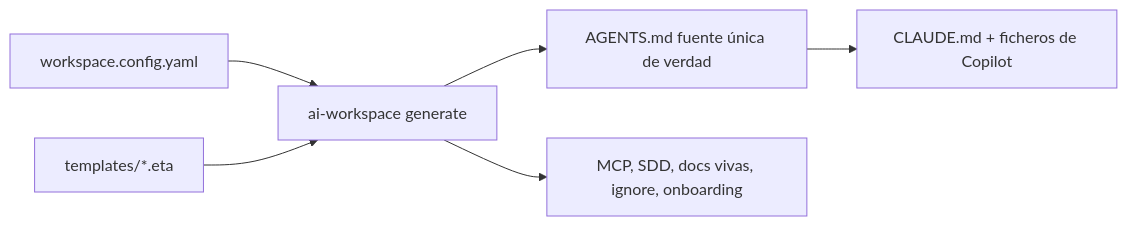
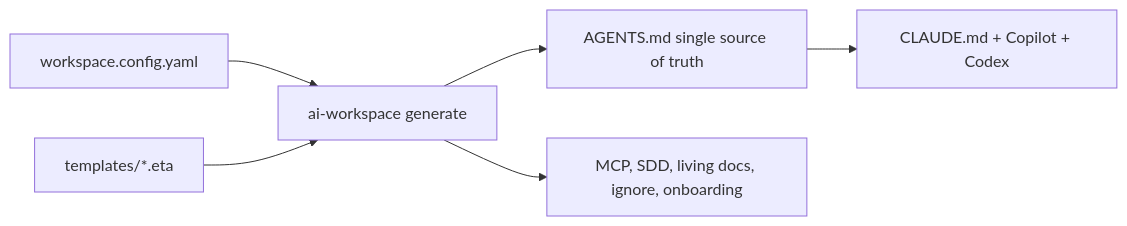
The diagram in docs/project/README.md (grojof/ai-workspace-generator), drawn with Mermaid before and after one commit. The commit also changed other lines of this file and 16 other files, not shown here.

````diff
--- a/docs/project/README.md
+++ b/docs/project/README.md
@@ -34,8 +34,8 @@
 ```mermaid
 flowchart LR
-  CFG["workspace.config.yaml"] --> GEN[ai-workspace generate]
+  CFG["workspace.config.yaml"] --> GEN["ai-workspace generate"]
   TPL["templates/*.eta"] --> GEN
-  GEN --> AG["AGENTS.md fuente única de verdad"]
-  AG --> ADAPT["CLAUDE.md + ficheros de Copilot"]
-  GEN --> REST[MCP, SDD, docs vivas, ignore, onboarding]
+  GEN --> AG["AGENTS.md single source of truth"]
+  AG --> ADAPT["CLAUDE.md + Copilot + Codex"]
+  GEN --> REST["MCP, SDD, living docs, ignore, onboarding"]
 ```
````
